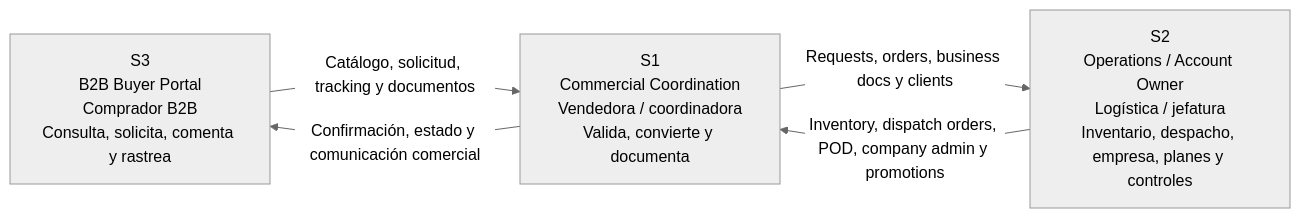
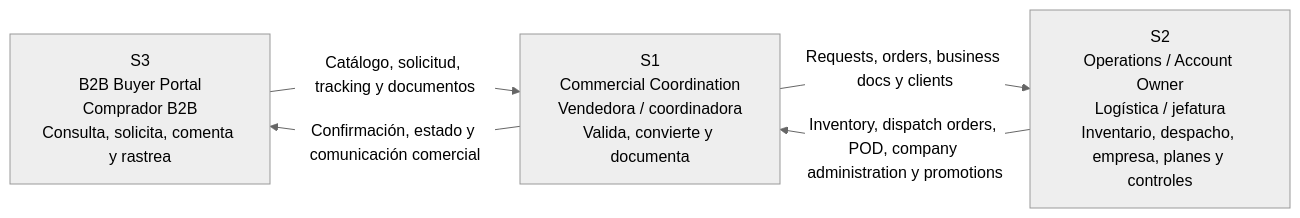
Before and after one commit to R0obxdnt-bit/nexa-report-main-copy: the first of 4 diagrams in report/10-chapter-1-introduction/1-3-target-segments.md, drawn with Mermaid (neutral theme). The commit also changed other lines of this file, not shown here.

````diff
--- a/report/10-chapter-1-introduction/1-3-target-segments.md
+++ b/report/10-chapter-1-introduction/1-3-target-segments.md
@@ -38,11 +38,11 @@
 ```mermaid
 flowchart LR
     SEG3["S3\nB2B Buyer Portal\nComprador B2B\nConsulta, solicita, comenta y rastrea"]
     SEG1["S1\nCommercial Coordination\nVendedora / coordinadora\nValida, convierte y documenta"]
     SEG2["S2\nOperations / Account Owner\nLogística / jefatura\nInventario, despacho, empresa, planes y controles"]
 
     SEG3 -->|Catálogo, solicitud, tracking y documentos| SEG1
     SEG1 -->|Requests, orders, business docs y clients| SEG2
-    SEG2 -->|Inventory, dispatch orders, POD, company admin y promotions| SEG1
+    SEG2 -->|Inventory, dispatch orders, POD, company administration y promotions| SEG1
     SEG1 -->|Confirmación, estado y comunicación comercial| SEG3
 ```
````
